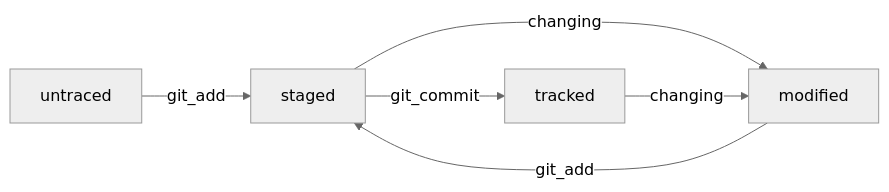
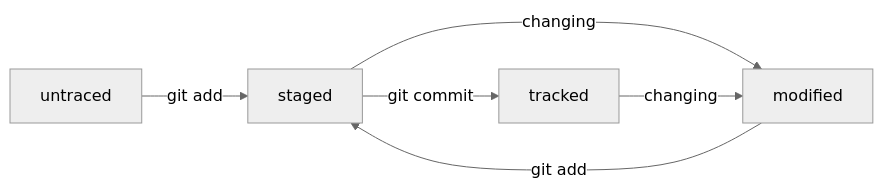
One commit to alexandr-rodionov/git-guid changed the diagram in README.md. Above: the diagram before and after it, drawn with Mermaid (neutral theme). The commit also changed other lines of this file, not shown here.

Commit message:
Добавить жизненный цикл

````diff
--- a/README.md
+++ b/README.md
@@ -1,8 +306,8 @@
 ```mermaid
-flowchart LR
-    untraced -- git_add -->staged
-    staged-- git_commit -->tracked
-    staged-- changing -->modified
-    tracked-- changing -->modified
-    modified-- git_add -->staged   
+graph LR
+    untraced -- "git add" -->staged
+    staged-- "git commit" -->tracked
+    staged-- "changing" -->modified
+    tracked-- "changing" -->modified
+    modified-- "git add" -->staged   
 ```
````
